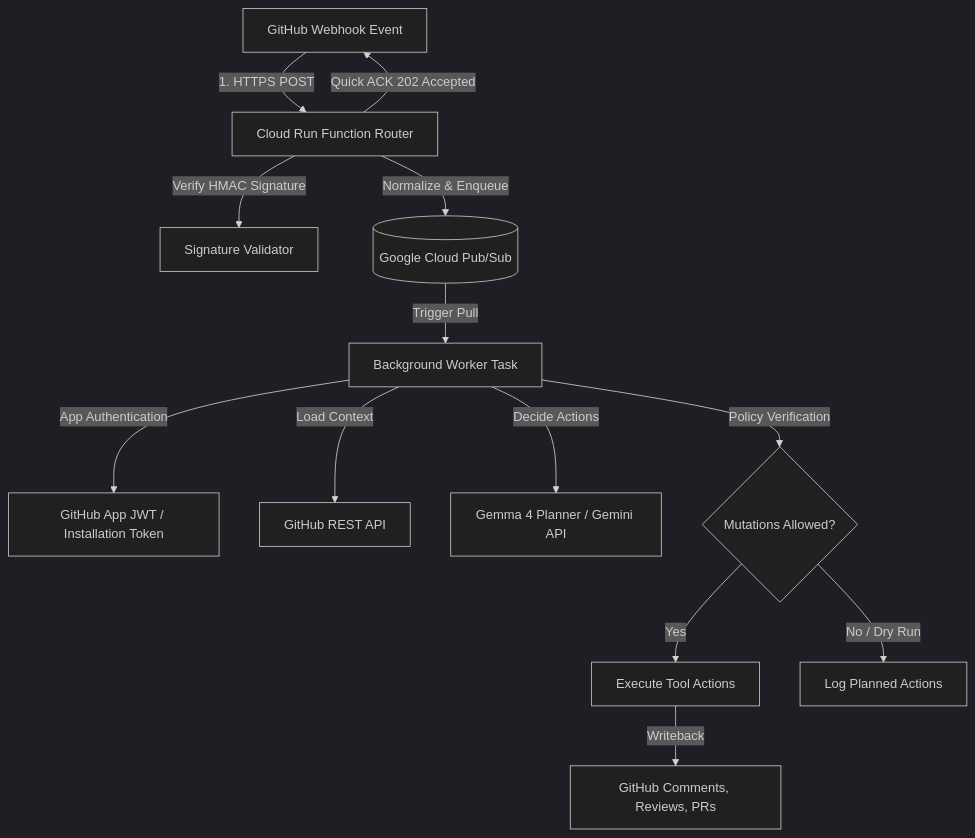
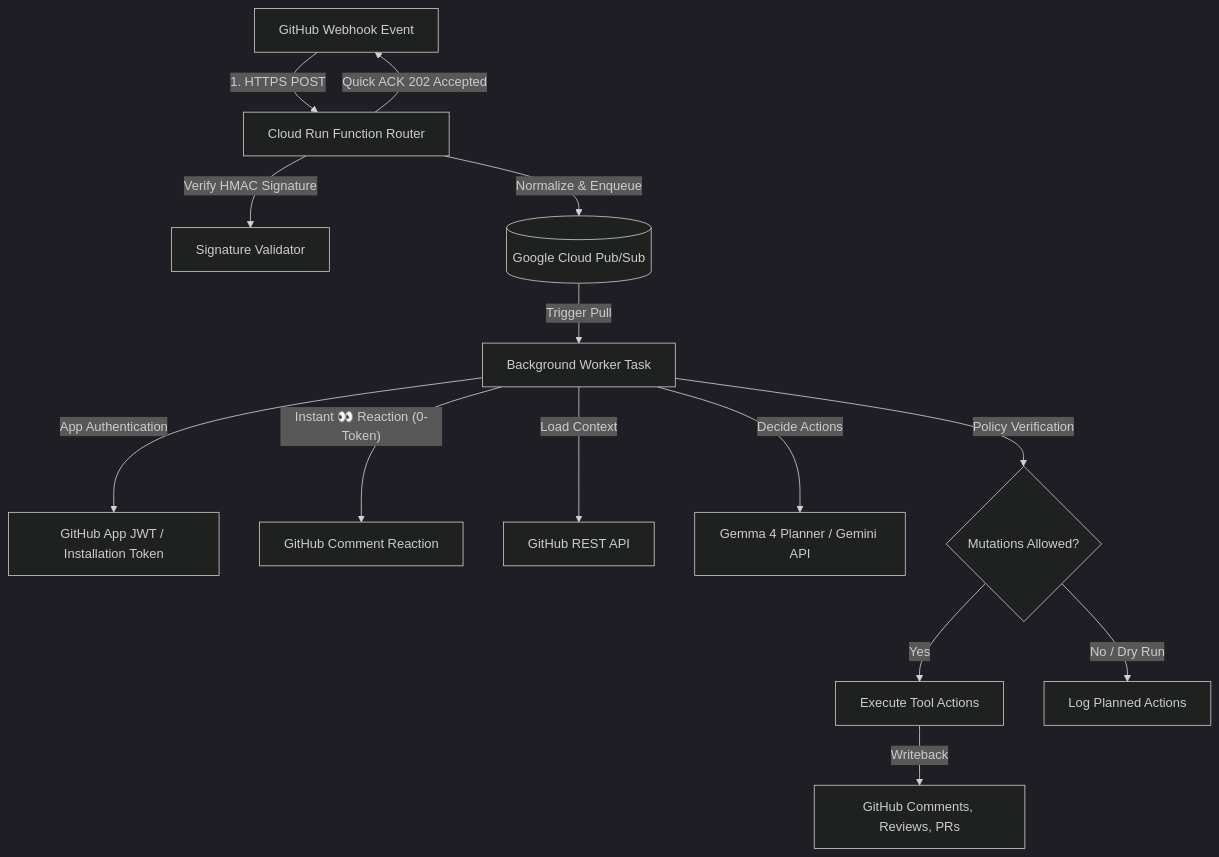
One commit to cgj8702-org/hannibal-hub-agents changed the diagram in README.md. Above: the diagram before and after it, drawn with Mermaid (dark theme). The commit also changed other lines of this file, not shown here.

Commit message:
docs(readme): document token_optimized_agent and zero-cost features

````diff
--- a/README.md
+++ b/README.md
@@ -11,17 +11,18 @@
 ```mermaid
 flowchart TD
     GH["GitHub Webhook Event"] -->|"1. HTTPS POST"| Router["Cloud Run Function Router"]
     Router -->|"Verify HMAC Signature"| Auth["Signature Validator"]
     Router -->|"Quick ACK 202 Accepted"| GH
     Router -->|"Normalize & Enqueue"| Queue[("Google Cloud Pub/Sub")]
     
     Queue -->|"Trigger Pull"| Worker["Background Worker Task"]
     Worker -->|"App Authentication"| Creds["GitHub App JWT / Installation Token"]
+    Worker -->|"Instant 👀 Reaction (0-Token)"| GH_React["GitHub Comment Reaction"]
     Worker -->|"Load Context"| GH_API["GitHub REST API"]
     Worker -->|"Decide Actions"| Gemma["Gemma 4 Planner / Gemini API"]
     Worker -->|"Policy Verification"| Policy{"Mutations Allowed?"}
     Policy -->|"Yes"| Exec["Execute Tool Actions"]
     Policy -->|"No / Dry Run"| Log["Log Planned Actions"]
     
     Exec -->|"Writeback"| GH_Write["GitHub Comments, Reviews, PRs"]
 ```
````
